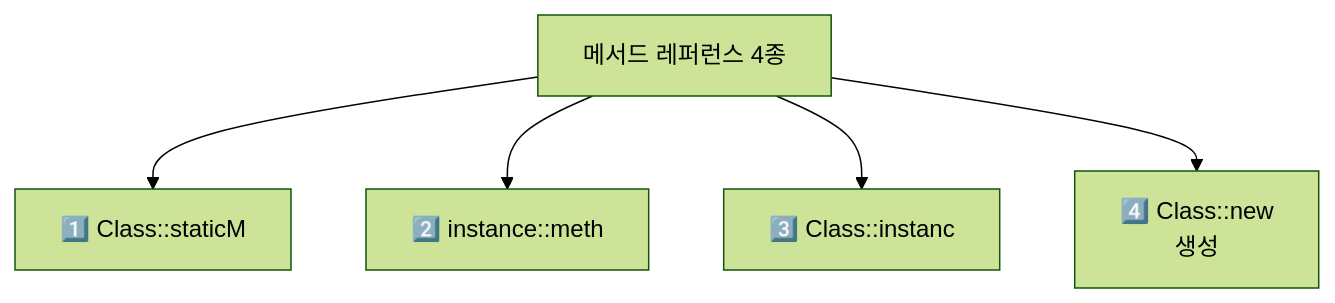
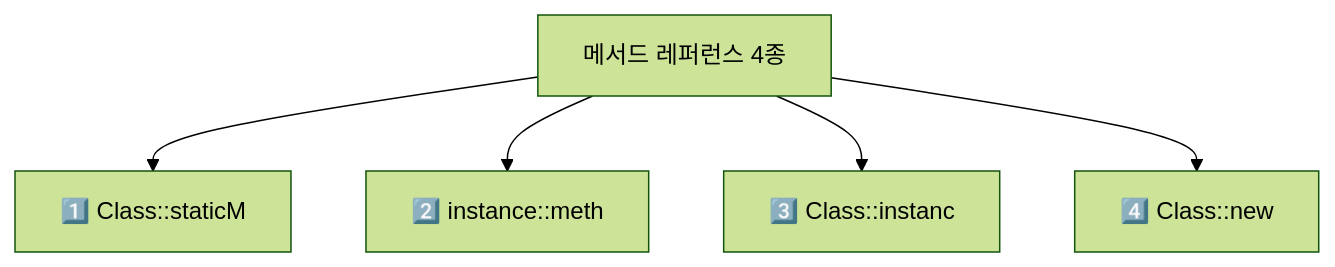
Before and after one commit to yjkim2015/yjkim2015.github.io: the second of 4 diagrams in _posts/java/2026-05-01-java-lambda.md, drawn with Mermaid (forest theme). The commit also changed other lines of this file and 217 other files, not shown here.

First line of the commit message:
Mermaid 크기 수정: useMaxWidth:true + SVG max-width:100% + 라벨 축소

````diff
--- a/_posts/java/2026-05-01-java-lambda.md
+++ b/_posts/java/2026-05-01-java-lambda.md
@@ -366,7 +366,7 @@
 ```mermaid
 graph TD
     A["메서드 레퍼런스 4종"] --> B["1️⃣ Class::staticM"]
     A --> C["2️⃣ instance::meth"]
     A --> D["3️⃣ Class::instanc"]
-    A --> E["4️⃣ Class::new\n생성"]
+    A --> E["4️⃣ Class::new"]
 ```
````
